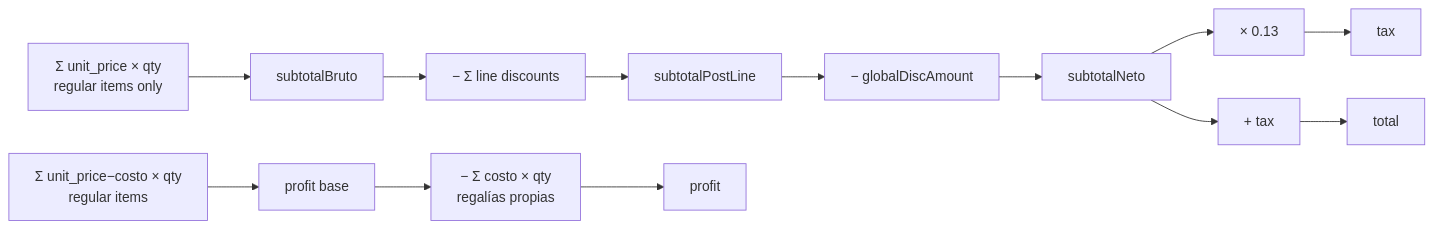
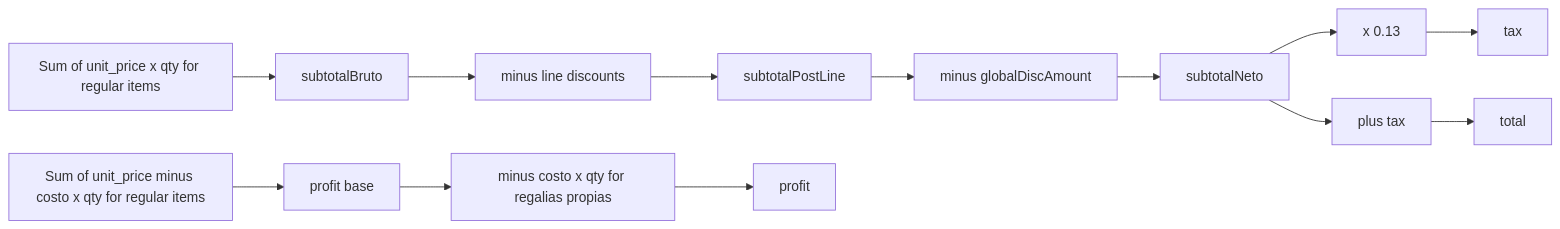
The second of 3 diagrams in docs/diagrams/FLOW-SALE.md (seqencia/InventoryProyectHome), drawn with Mermaid before and after one commit. The commit also changed other lines of this file and 6 other files, not shown here.

First line of the commit message:
fix: correct Mermaid syntax errors in all diagrams

````diff
--- a/docs/diagrams/FLOW-SALE.md
+++ b/docs/diagrams/FLOW-SALE.md
@@ -62,11 +62,11 @@
 ```mermaid
 flowchart LR
-    A[Σ unit_price × qty\nregular items only] --> B[subtotalBruto]
-    B --> C[− Σ line discounts] --> D[subtotalPostLine]
-    D --> E[− globalDiscAmount] --> F[subtotalNeto]
-    F --> G[× 0.13] --> H[tax]
-    F --> I[+ tax] --> J[total]
+    A[Sum of unit_price x qty for regular items] --> B[subtotalBruto]
+    B --> C[minus line discounts] --> D[subtotalPostLine]
+    D --> E[minus globalDiscAmount] --> F[subtotalNeto]
+    F --> G[x 0.13] --> H[tax]
+    F --> I[plus tax] --> J[total]
 
-    K[Σ unit_price−costo × qty\nregular items] --> L[profit base]
-    L --> M[− Σ costo × qty\nregalías propias] --> N[profit]
+    K[Sum of unit_price minus costo x qty for regular items] --> L[profit base]
+    L --> M[minus costo x qty for regalias propias] --> N[profit]
 ```
````
